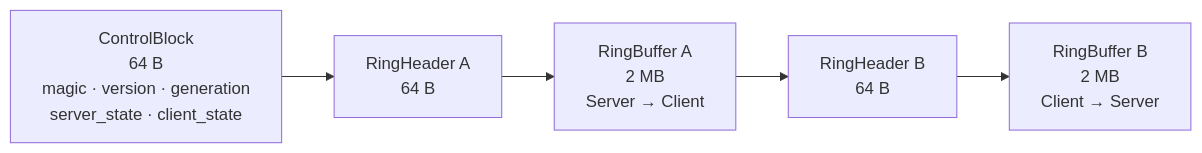
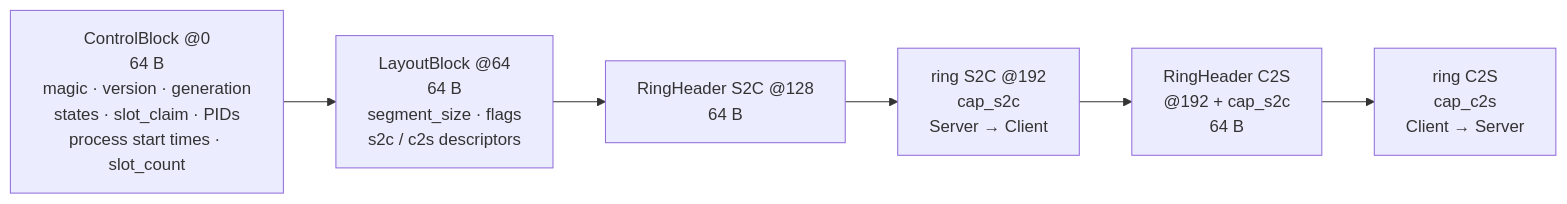
The second of 4 diagrams in README.md (Platon7788/xshm), drawn with Mermaid before and after one commit. The commit also changed other lines of this file and 4 other files, not shown here.

````diff
--- a/README.md
+++ b/README.md
@@ -160,9 +258,10 @@
 ```mermaid
 flowchart LR
-    CB["ControlBlock<br/>64 B<br/>magic · version · generation<br/>server_state · client_state"]
-    RHA["RingHeader A<br/>64 B"]
-    RBA["RingBuffer A<br/>2 MB<br/>Server → Client"]
-    RHB["RingHeader B<br/>64 B"]
-    RBB["RingBuffer B<br/>2 MB<br/>Client → Server"]
-    CB --> RHA --> RBA --> RHB --> RBB
+    CB["ControlBlock @0<br/>64 B<br/>magic · version · generation<br/>states · slot_claim · PIDs<br/>process start times · slot_count"]
+    LB["LayoutBlock @64<br/>64 B<br/>segment_size · flags<br/>s2c / c2s descriptors"]
+    RHA["RingHeader S2C @128<br/>64 B"]
+    RBA["ring S2C @192<br/>cap_s2c<br/>Server → Client"]
+    RHB["RingHeader C2S<br/>@192 + cap_s2c<br/>64 B"]
+    RBB["ring C2S<br/>cap_c2s<br/>Client → Server"]
+    CB --> LB --> RHA --> RBA --> RHB --> RBB
 ```
````
